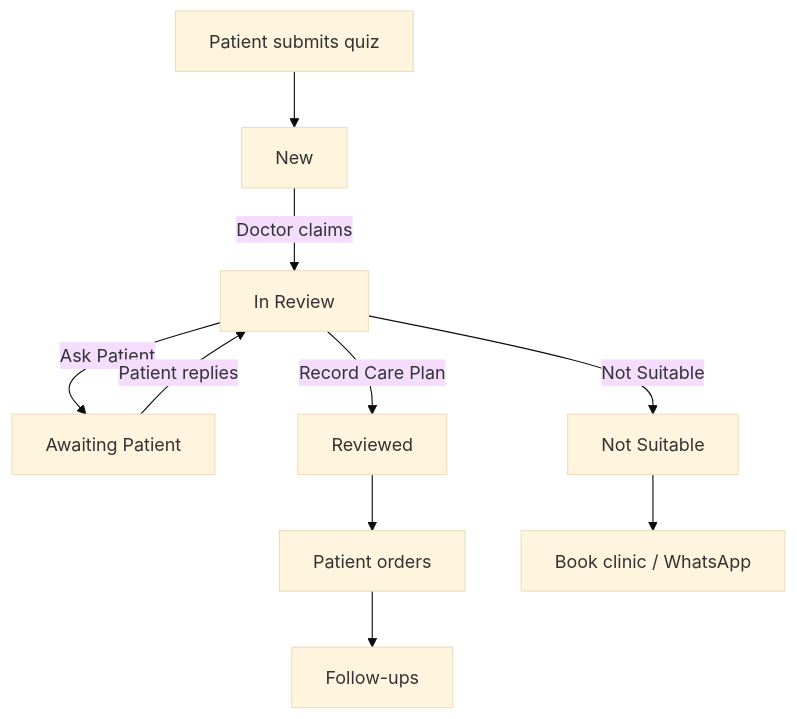
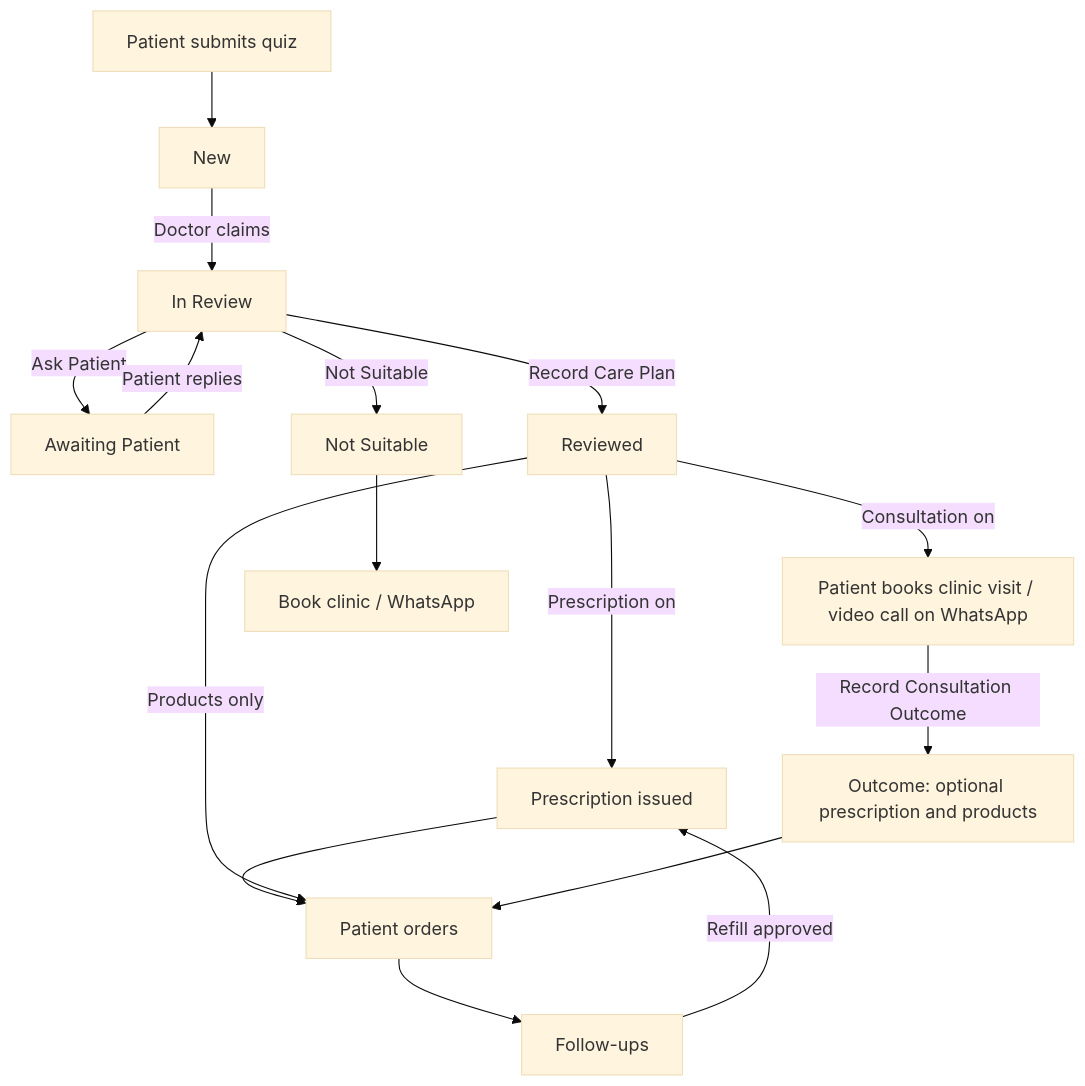
The first of 2 diagrams in docs/flow-assessment.md (ikramhakimi/wireland), drawn with Mermaid (base theme) before and after one commit. The commit also changed other lines of this file and 174 other files, not shown here.

````diff
--- a/docs/flow-assessment.md
+++ b/docs/flow-assessment.md
@@ -25,12 +26,18 @@
 ```mermaid
 flowchart TD
   submit[Patient submits quiz] --> new[New]
   new -->|Doctor claims| in_review[In Review]
   in_review -->|Ask Patient| awaiting[Awaiting Patient]
   awaiting -->|Patient replies| in_review
   in_review -->|Record Care Plan| reviewed[Reviewed]
   in_review -->|Not Suitable| not_suitable[Not Suitable]
-  reviewed --> order[Patient orders]
+  reviewed -->|Prescription on| rx[Prescription issued]
+  rx --> order[Patient orders]
+  reviewed -->|Products only| order
+  reviewed -->|Consultation on| consult[Patient books clinic visit / video call on WhatsApp]
+  consult -->|Record Consultation Outcome| outcome[Outcome: optional prescription and products]
+  outcome --> order
   order --> follow_ups[Follow-ups]
+  follow_ups -->|Refill approved| rx
   not_suitable --> clinic[Book clinic / WhatsApp]
 ```
````
